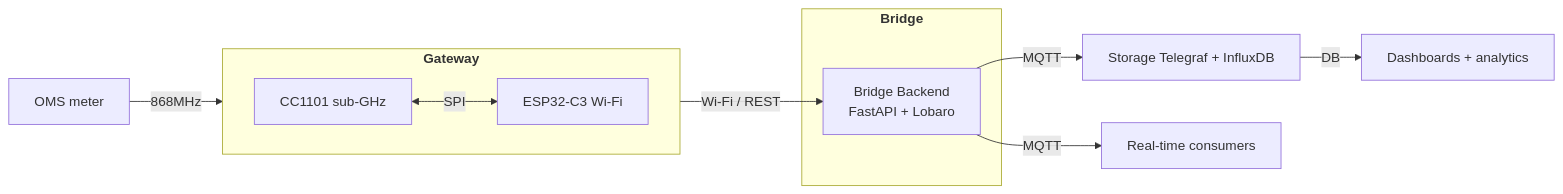
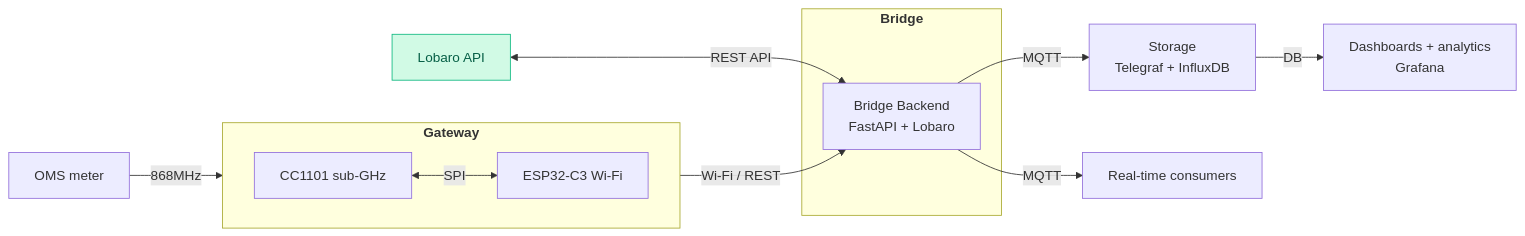
One commit to quietmetrics/oms-gateway changed the diagram in README.md. Above: the diagram before and after it, drawn with Mermaid. The commit also changed other lines of this file, not shown here.

````diff
--- a/README.md
+++ b/README.md
@@ -12,15 +10,20 @@
 ```mermaid
 flowchart LR
+  classDef api fill:#d1fae5,stroke:#10b981,stroke-width:1px,color:#065f46;
   METER[OMS meter]
   subgraph GATEWAY_S[<b>Gateway]
     direction LR
     CC1101[CC1101 sub-GHz] <-->|SPI| ESP32[ESP32-C3 Wi-Fi]
   end
   METER -->|868MHz| CC1101
   subgraph BRIDGE_S[<b>Bridge]
-  ESP32 -->|Wi-Fi / REST| BRIDGE[Bridge Backend <br>FastAPI + Lobaro]
+    BRIDGE[Bridge Backend <br>FastAPI + Lobaro]
   end
-  BRIDGE -->|MQTT| STORE[Storage Telegraf + InfluxDB]
+  LOBARO[Lobaro API]
+  LOBARO <-->|REST API| BRIDGE
+  class LOBARO api;
+  ESP32 -->|Wi-Fi / REST| BRIDGE
+  BRIDGE -->|MQTT| STORE[Storage <br>Telegraf + InfluxDB]
   BRIDGE -->|MQTT| PROCESS_A[Real-time consumers]
-  STORE -->|DB| PROCESS_B[Dashboards + analytics]
+  STORE -->|DB| PROCESS_B[Dashboards + analytics <br>Grafana]
 ```
````
